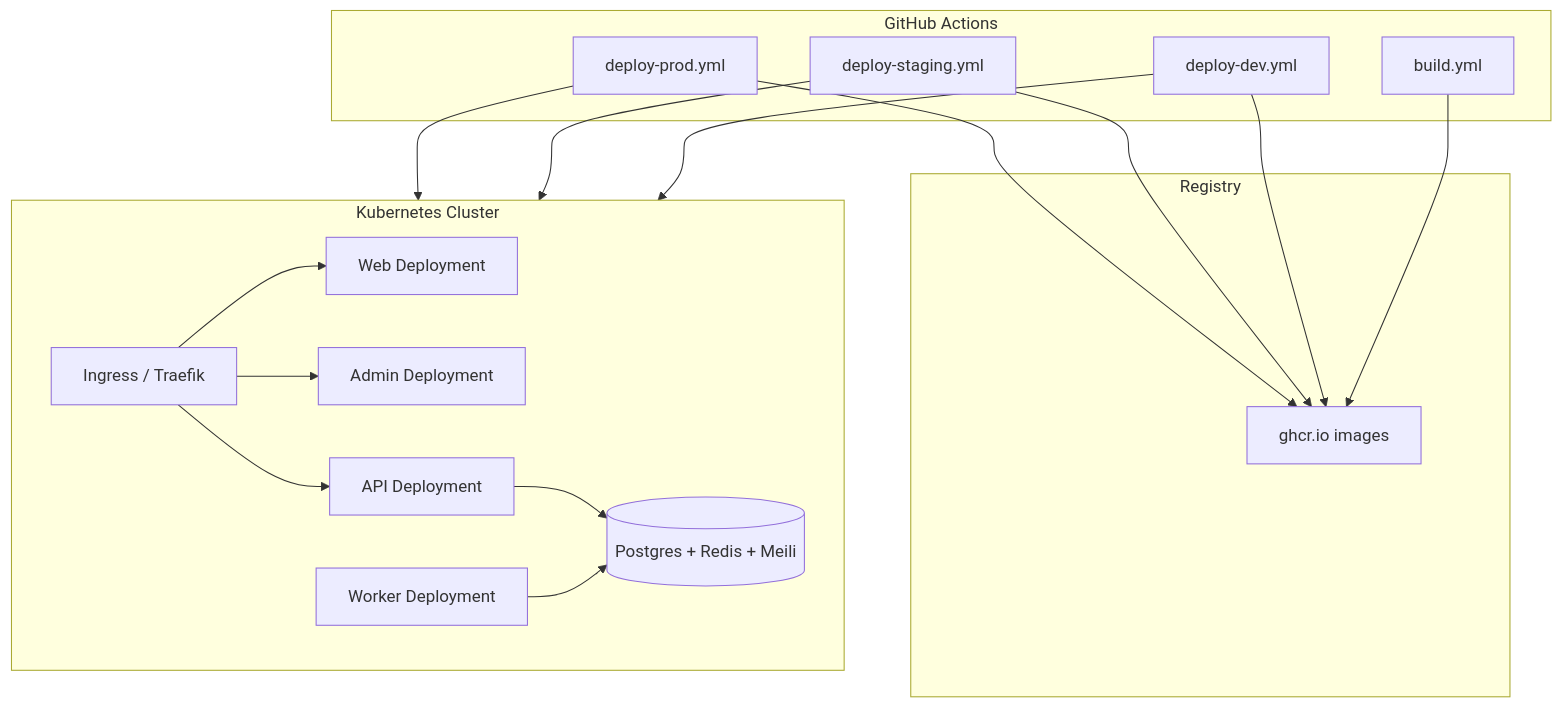
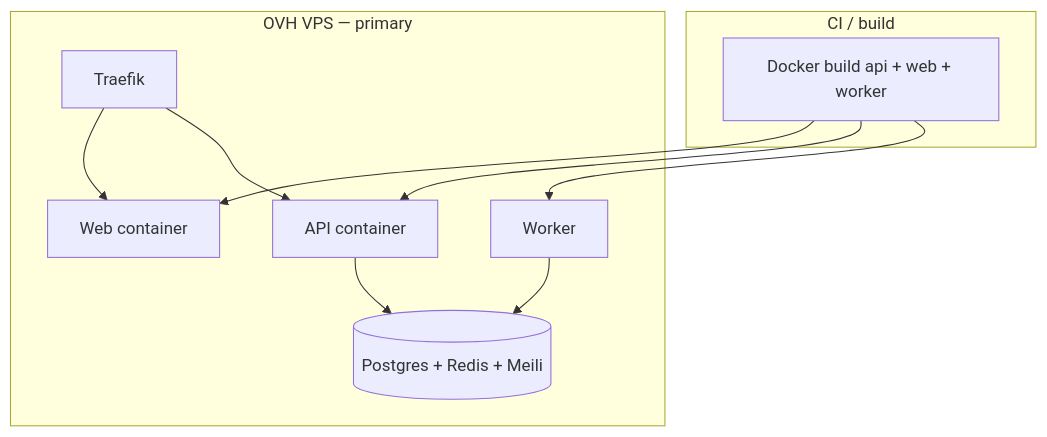
One commit to golpochat/community-marketplace changed the diagram in docs/architecture/deployment-architecture.md. Above: the diagram before and after it, drawn with Mermaid. The commit also changed other lines of this file and 64 other files, not shown here.

````diff
--- a/docs/architecture/deployment-architecture.md
+++ b/docs/architecture/deployment-architecture.md
@@ -7,28 +9,18 @@
 ```mermaid
 flowchart TB
-  subgraph CI[GitHub Actions]
-    BUILD[build.yml]
-    DEPLOY_DEV[deploy-dev.yml]
-    DEPLOY_STG[deploy-staging.yml]
-    DEPLOY_PROD[deploy-prod.yml]
+  subgraph CI[CI / build]
+    BUILD[Docker build api + web + worker]
   end
 
-  subgraph Registry
-    GHCR[ghcr.io images]
-  end
-
-  subgraph K8s[Kubernetes Cluster]
-    ING[Ingress / Traefik]
-    API_POD[API Deployment]
-    WEB_POD[Web Deployment]
-    ADMIN_POD[Admin Deployment]
-    WORKER_POD[Worker Deployment]
+  subgraph VPS[OVH VPS — primary]
+    TRAEFIK[Traefik]
+    WEB[Web container]
+    API[API container]
+    WORKER[Worker]
     DATA[(Postgres + Redis + Meili)]
   end
 
-  BUILD --> GHCR
-  DEPLOY_DEV & DEPLOY_STG & DEPLOY_PROD --> GHCR
-  DEPLOY_DEV & DEPLOY_STG & DEPLOY_PROD --> K8s
-  ING --> WEB_POD & ADMIN_POD & API_POD
-  API_POD & WORKER_POD --> DATA
+  BUILD --> WEB & API & WORKER
+  TRAEFIK --> WEB & API
+  API & WORKER --> DATA
 ```
````
